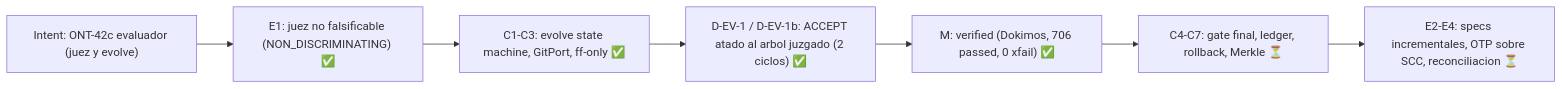
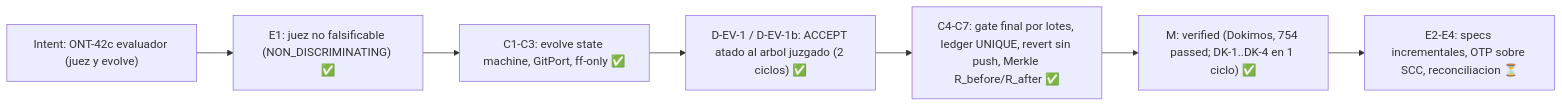
Before and after one commit to ancrz/agent-execution-plane: diagram 21 of 24 in README.md, drawn with Mermaid. The commit also changed other lines of this file and 5 other files, not shown here.

````diff
--- a/README.md
+++ b/README.md
@@ -1117,9 +1117,9 @@
 ```mermaid
 flowchart LR
     I["Intent: ONT-42c evaluador (juez y evolve)"] --> E1["E1: juez no falsificable (NON_DISCRIMINATING) ✅"]
     E1 --> C13["C1-C3: evolve state machine, GitPort, ff-only ✅"]
     C13 --> D["D-EV-1 / D-EV-1b: ACCEPT atado al arbol juzgado (2 ciclos) ✅"]
-    D --> V["M: verified (Dokimos, 706 passed, 0 xfail) ✅"]
-    V --> C47["C4-C7: gate final, ledger, rollback, Merkle ⏳"]
-    C47 --> E234["E2-E4: specs incrementales, OTP sobre SCC, reconciliacion ⏳"]
+    D --> C47["C4-C7: gate final por lotes, ledger UNIQUE, revert sin push, Merkle R_before/R_after ✅"]
+    C47 --> V["M: verified (Dokimos, 754 passed; DK-1..DK-4 en 1 ciclo) ✅"]
+    V --> E234["E2-E4: specs incrementales, OTP sobre SCC, reconciliacion ⏳"]
 ```
````
